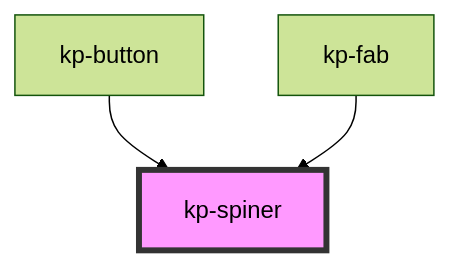
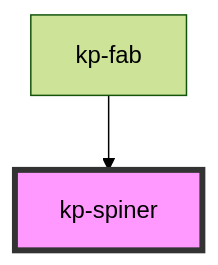
One commit to amplifyn/karapincha-components changed the diagram in src/components/kp-spiner/readme.md. Above: the diagram before and after it, drawn with Mermaid (forest theme). The commit also changed other lines of this file and 22 other files, not shown here.

````diff
--- a/src/components/kp-spiner/readme.md
+++ b/src/components/kp-spiner/readme.md
@@ -16,6 +15,5 @@
 ```mermaid
 graph TD;
-  kp-button --> kp-spiner
   kp-fab --> kp-spiner
   style kp-spiner fill:#f9f,stroke:#333,stroke-width:4px
 ```
````
